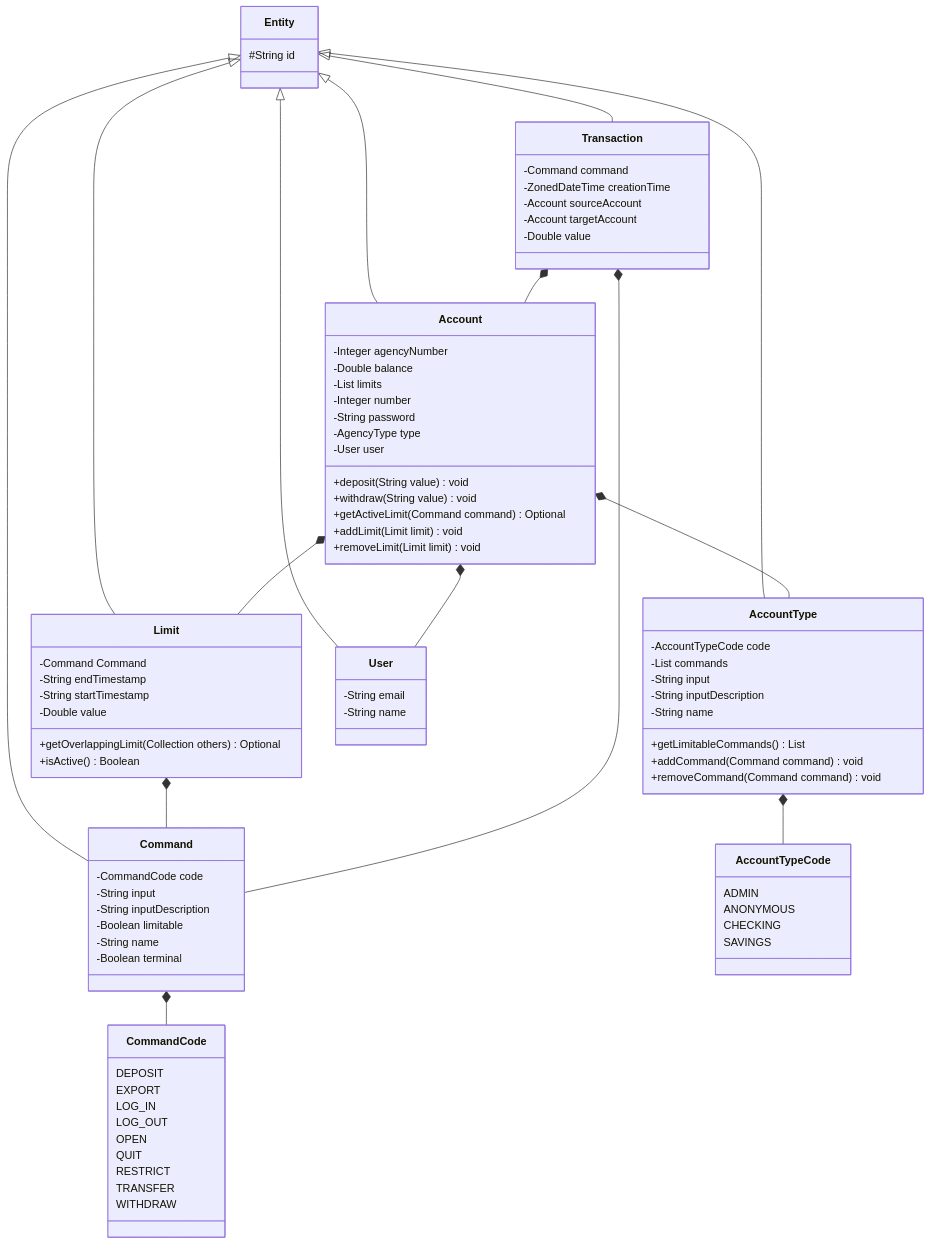
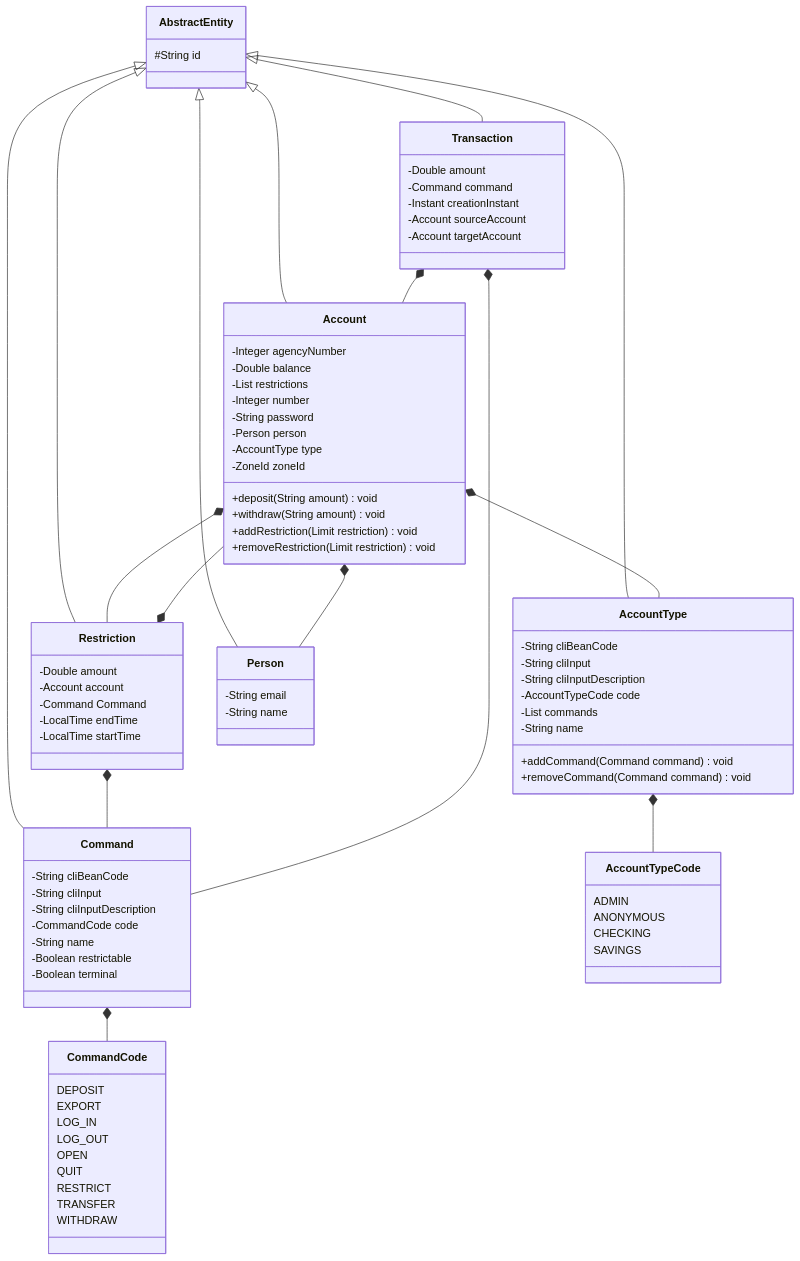
The first of 2 diagrams in README.md (conrado-garcia-studies/dubidubibank), drawn with Mermaid before and after one commit. The commit also changed other lines of this file and 180 other files, not shown here.

````diff
--- a/README.md
+++ b/README.md
@@ -94,45 +87,47 @@
 ```mermaid
 classDiagram
-    Entity <|-- Account
-    Entity <|-- AccountType
-    Entity <|-- Command
-    Entity <|-- Limit
-    Entity <|-- Transaction
-    Entity <|-- User
-    Account *-- User
+    AbstractEntity <|-- Account
+    AbstractEntity <|-- AccountType
+    AbstractEntity <|-- Command
+    AbstractEntity <|-- Restriction
+    AbstractEntity <|-- Transaction
+    AbstractEntity <|-- Person
+    Account *-- Person
     Account *-- AccountType
-    Account *-- Limit
+    Account *-- Restriction
     AccountType *-- AccountTypeCode
     Command *-- CommandCode
-    Limit *-- Command
+    Restriction *-- Account
+    Restriction *-- Command
     Transaction *-- Account
     Transaction *-- Command
-    class Entity {
+    
+    class AbstractEntity {
         #String id
     }
 
     class Account {
         -Integer agencyNumber
         -Double balance
-        -List<Limits> limits
+        -List<Restriction> restrictions
         -Integer number
         -String password
-        -AgencyType type
-        -User user
-        +deposit(String value) void
-        +withdraw(String value) void
-        +getActiveLimit(Command command) Optional<Limit>
-        +addLimit(Limit limit) void
-        +removeLimit(Limit limit) void
+        -Person person
+        -AccountType type
+        -ZoneId zoneId
+        +deposit(String amount) void
+        +withdraw(String amount) void
+        +addRestriction(Limit restriction) void
+        +removeRestriction(Limit restriction) void
     }
 
     class AccountType {
+        -String cliBeanCode
+        -String cliInput
+        -String cliInputDescription
         -AccountTypeCode code
         -List<Command> commands
-        -String input
-        -String inputDescription
         -String name
-        +getLimitableCommands() List<Command>
         +addCommand(Command command) void
         +removeCommand(Command command) void
     }
@@ -145,11 +140,12 @@
     }
 
     class Command {
+        -String cliBeanCode
+        -String cliInput
+        -String cliInputDescription
         -CommandCode code
-        -String input
-        -String inputDescription
-        -Boolean limitable
         -String name
+        -Boolean restrictable
         -Boolean terminal
     }
 
@@ -165,24 +161,23 @@
         WITHDRAW
     }
 
-    class Limit {
+    class Restriction {
+        -Double amount
+        -Account account
         -Command Command
-        -String endTimestamp
-        -String startTimestamp
-        -Double value
-        +getOverlappingLimit(Collection<Limit> others) Optional<Limit>
-        +isActive() Boolean
+        -LocalTime endTime
+        -LocalTime startTime
     }
 
     class Transaction {
+        -Double amount
         -Command command
-        -ZonedDateTime creationTime
+        -Instant creationInstant
         -Account sourceAccount
         -Account targetAccount
-        -Double value
     }
 
-    class User {
+    class Person {
         -String email
         -String name
     }
````
